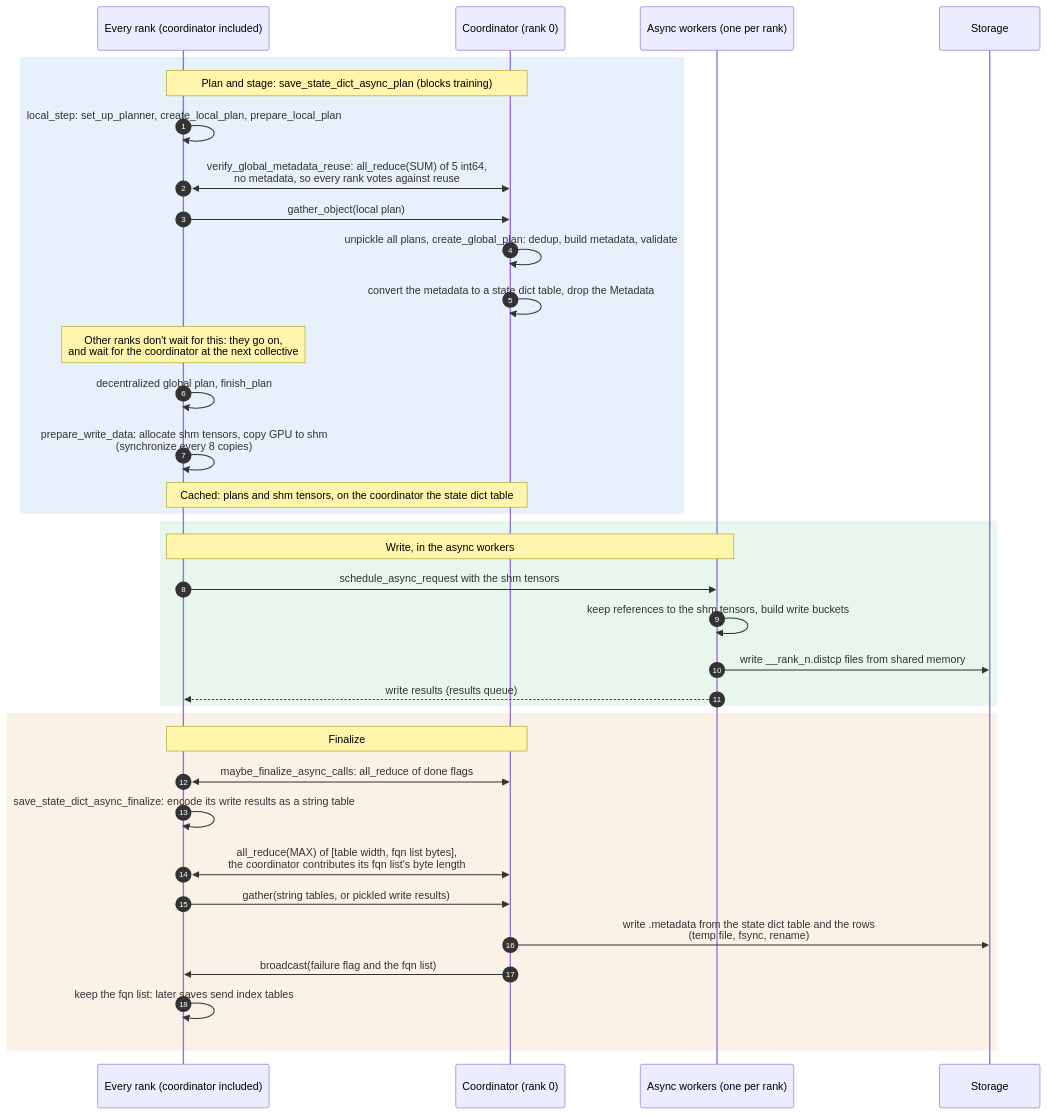
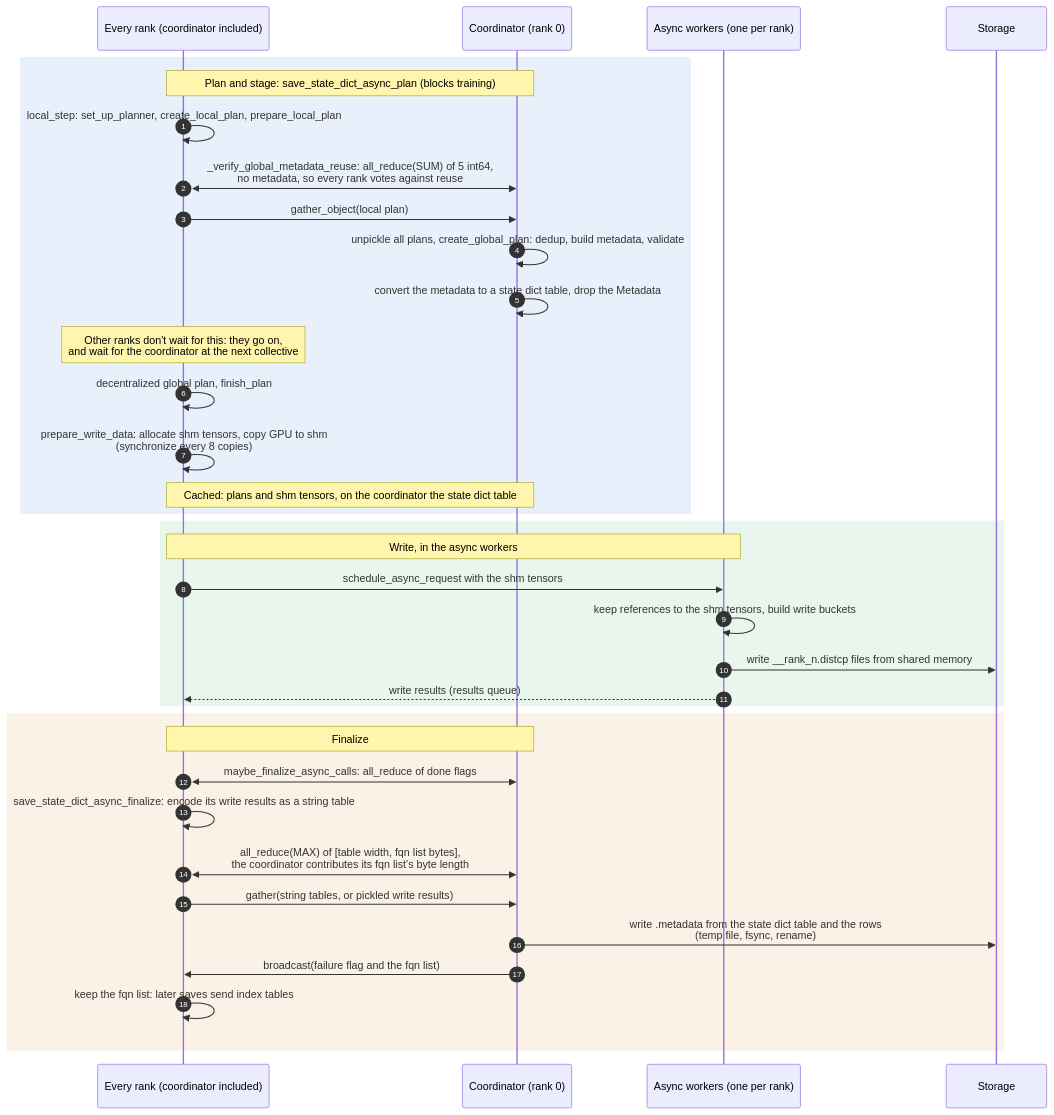
The third of 5 diagrams in docs/design/checkpoint/ASYNC_SAVE.md (NVIDIA/nvidia-resiliency-ext), drawn with Mermaid before and after one commit. The commit also changed other lines of this file and 10 other files, not shown here.

````diff
--- a/docs/design/checkpoint/ASYNC_SAVE.md
+++ b/docs/design/checkpoint/ASYNC_SAVE.md
@@ -262,40 +262,40 @@
 ```mermaid
 sequenceDiagram
     autonumber
     participant R as Every rank (coordinator included)
     participant C as Coordinator (rank 0)
     participant W as Async workers (one per rank)
     participant S as Storage
 
     rect rgba(70, 130, 220, 0.12)
     Note over R,C: Plan and stage: save_state_dict_async_plan (blocks training)
     R->>R: local_step: set_up_planner, create_local_plan, prepare_local_plan
-    R<<->>C: verify_global_metadata_reuse: all_reduce(SUM) of 5 int64,<br/>no metadata, so every rank votes against reuse
+    R<<->>C: _verify_global_metadata_reuse: all_reduce(SUM) of 5 int64,<br/>no metadata, so every rank votes against reuse
     R->>C: gather_object(local plan)
     C->>C: unpickle all plans, create_global_plan: dedup, build metadata, validate
     C->>C: convert the metadata to a state dict table, drop the Metadata
     Note over R: Other ranks don't wait for this: they go on,<br/>and wait for the coordinator at the next collective
     R->>R: decentralized global plan, finish_plan
     R->>R: prepare_write_data: allocate shm tensors, copy GPU to shm<br/>(synchronize every 8 copies)
     Note over R,C: Cached: plans and shm tensors, on the coordinator the state dict table
     end
 
     rect rgba(70, 180, 110, 0.12)
     Note over R,W: Write, in the async workers
     R->>W: schedule_async_request with the shm tensors
     W->>W: keep references to the shm tensors, build write buckets
     W->>S: write __rank_n.distcp files from shared memory
     W-->>R: write results (results queue)
     end
 
     rect rgba(220, 150, 60, 0.12)
     Note over R,C: Finalize
     R<<->>C: maybe_finalize_async_calls: all_reduce of done flags
     R->>R: save_state_dict_async_finalize: encode its write results as a string table
     R<<->>C: all_reduce(MAX) of [table width, fqn list bytes],<br/>the coordinator contributes its fqn list's byte length
     R->>C: gather(string tables, or pickled write results)
     C->>S: write .metadata from the state dict table and the rows<br/>(temp file, fsync, rename)
     C->>R: broadcast(failure flag and the fqn list)
     R->>R: keep the fqn list: later saves send index tables
     end
 ```
````
